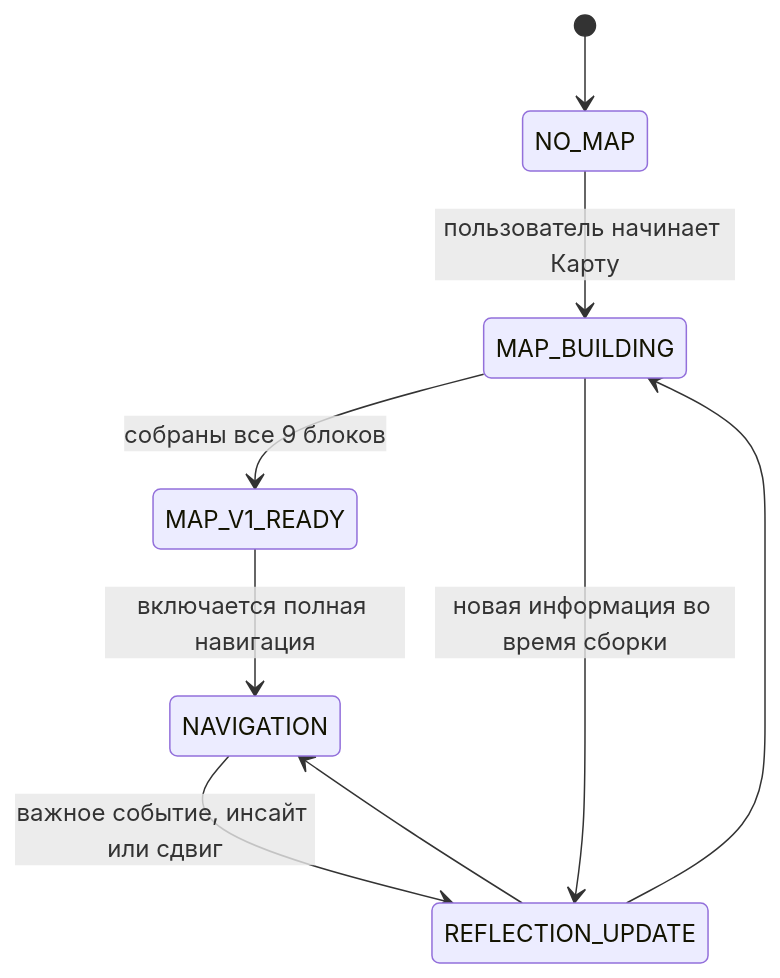
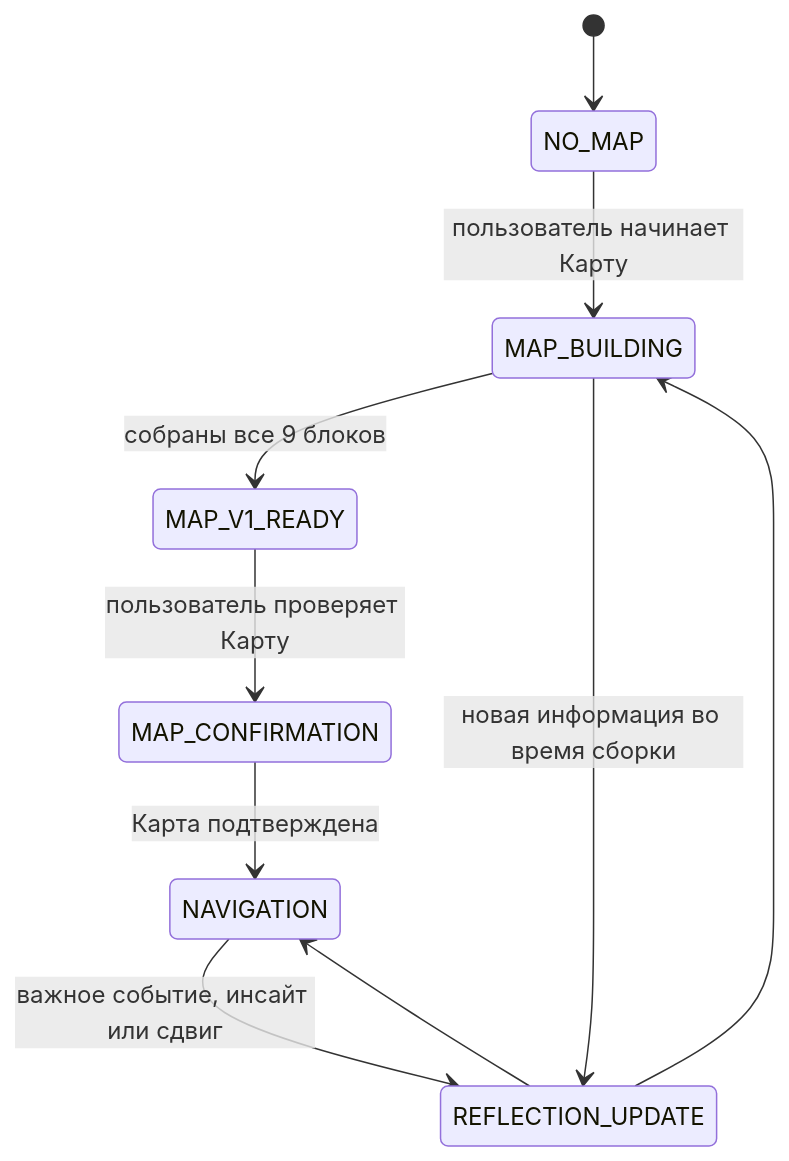
Before and after one commit to DimaK-pro/personal-navigator: the diagram in README.md, drawn with Mermaid. The commit also changed other lines of this file and 23 other files, not shown here.

````diff
--- a/README.md
+++ b/README.md
@@ -72,11 +81,12 @@
 ```mermaid
 stateDiagram-v2
     [*] --> NO_MAP
     NO_MAP --> MAP_BUILDING: пользователь начинает Карту
     MAP_BUILDING --> MAP_V1_READY: собраны все 9 блоков
-    MAP_V1_READY --> NAVIGATION: включается полная навигация
+    MAP_V1_READY --> MAP_CONFIRMATION: пользователь проверяет Карту
+    MAP_CONFIRMATION --> NAVIGATION: Карта подтверждена
     NAVIGATION --> REFLECTION_UPDATE: важное событие, инсайт или сдвиг
     MAP_BUILDING --> REFLECTION_UPDATE: новая информация во время сборки
     REFLECTION_UPDATE --> MAP_BUILDING
     REFLECTION_UPDATE --> NAVIGATION
 ```
````
